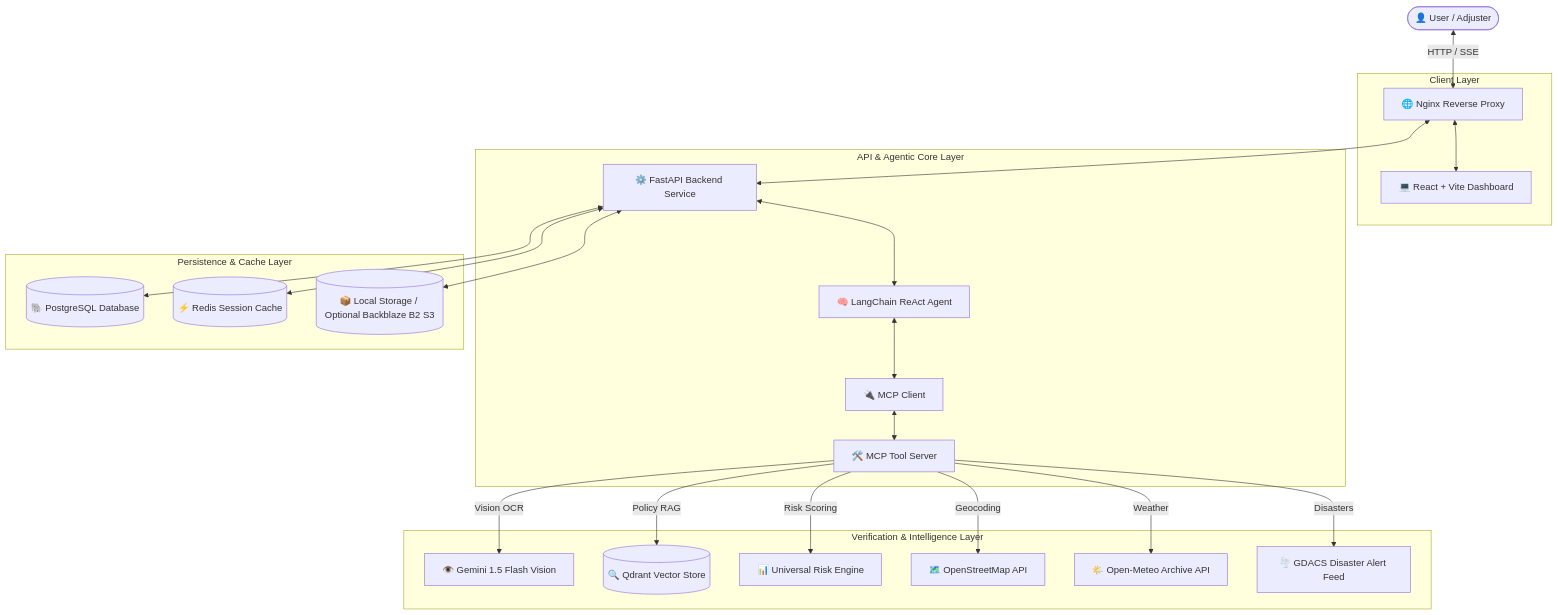
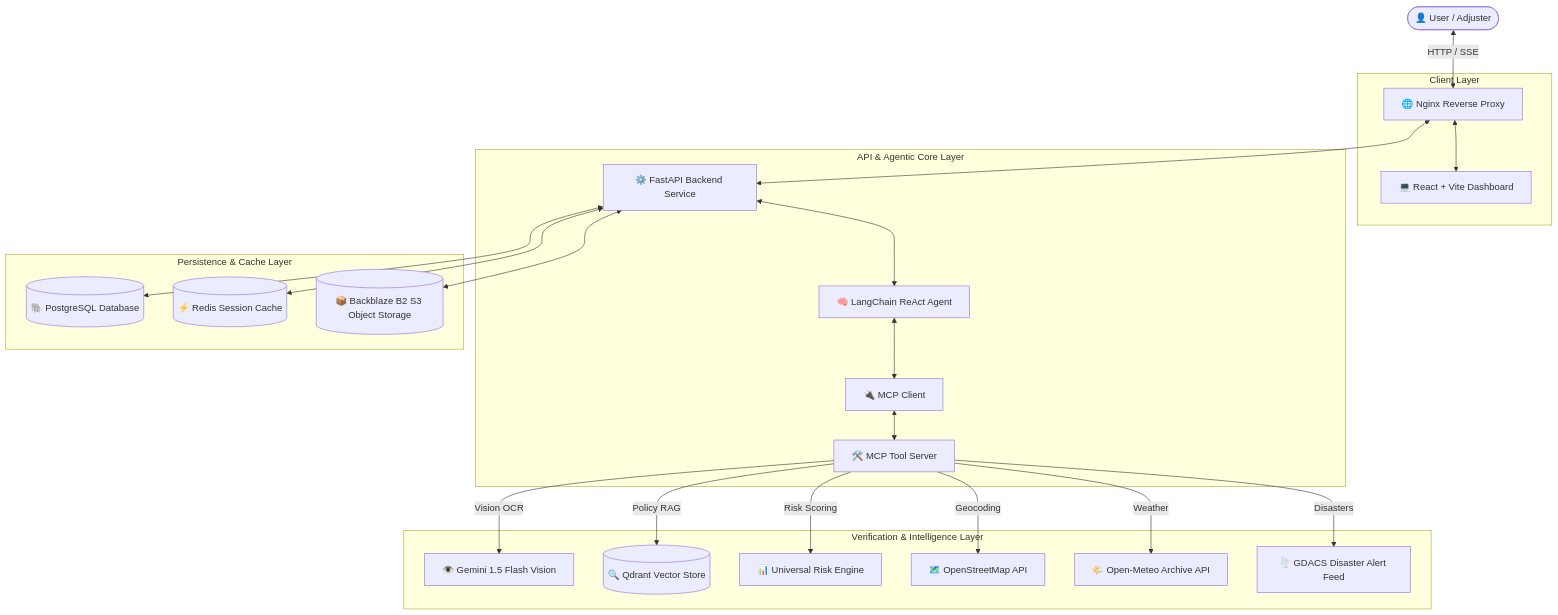
One commit to AkshajAnil/Autonomous-claims-application changed the diagram in README.md. Above: the diagram before and after it, drawn with Mermaid. The commit also changed other lines of this file and 1 other file, not shown here.

Commit message:
docs: mark Backblaze B2 S3 object storage as required in documentation

````diff
--- a/README.md
+++ b/README.md
@@ -9,30 +9,30 @@
 ```mermaid
 graph TD
     User([👤 User / Adjuster]) <-->|HTTP / SSE| Nginx[🌐 Nginx Reverse Proxy]
     
     subgraph Client Layer
         Nginx <--> Frontend[💻 React + Vite Dashboard]
     end
 
     subgraph API & Agentic Core Layer
         Nginx <--> Backend[⚙️ FastAPI Backend Service]
         Backend <--> LangChain[🧠 LangChain ReAct Agent]
         LangChain <--> MCPClient[🔌 MCP Client]
         MCPClient <--> MCPServer[🛠️ MCP Tool Server]
     end
 
     subgraph Verification & Intelligence Layer
         MCPServer -->|Vision OCR| Gemini[👁️ Gemini 1.5 Flash Vision]
         MCPServer -->|Policy RAG| Qdrant[(🔍 Qdrant Vector Store)]
         MCPServer -->|Risk Scoring| RiskEngine[📊 Universal Risk Engine]
         MCPServer -->|Geocoding| OSM[🗺️ OpenStreetMap API]
         MCPServer -->|Weather| OpenMeteo[🌤️ Open-Meteo Archive API]
         MCPServer -->|Disasters| GDACS[🌪️ GDACS Disaster Alert Feed]
     end
 
     subgraph Persistence & Cache Layer
         Backend <--> Postgres[(🐘 PostgreSQL Database)]
         Backend <--> Redis[(⚡ Redis Session Cache)]
-        Backend <--> B2[(📦 Local Storage / Optional Backblaze B2 S3)]
+        Backend <--> B2[(📦 Backblaze B2 S3 Object Storage)]
     end
 ```
````
